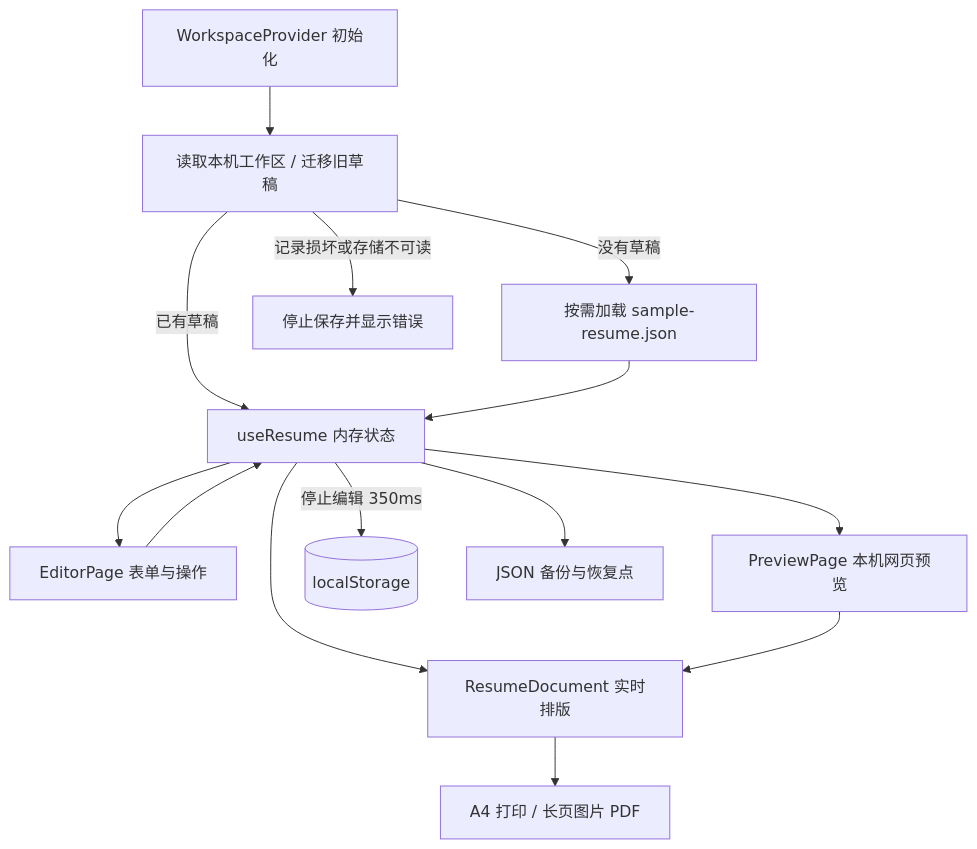
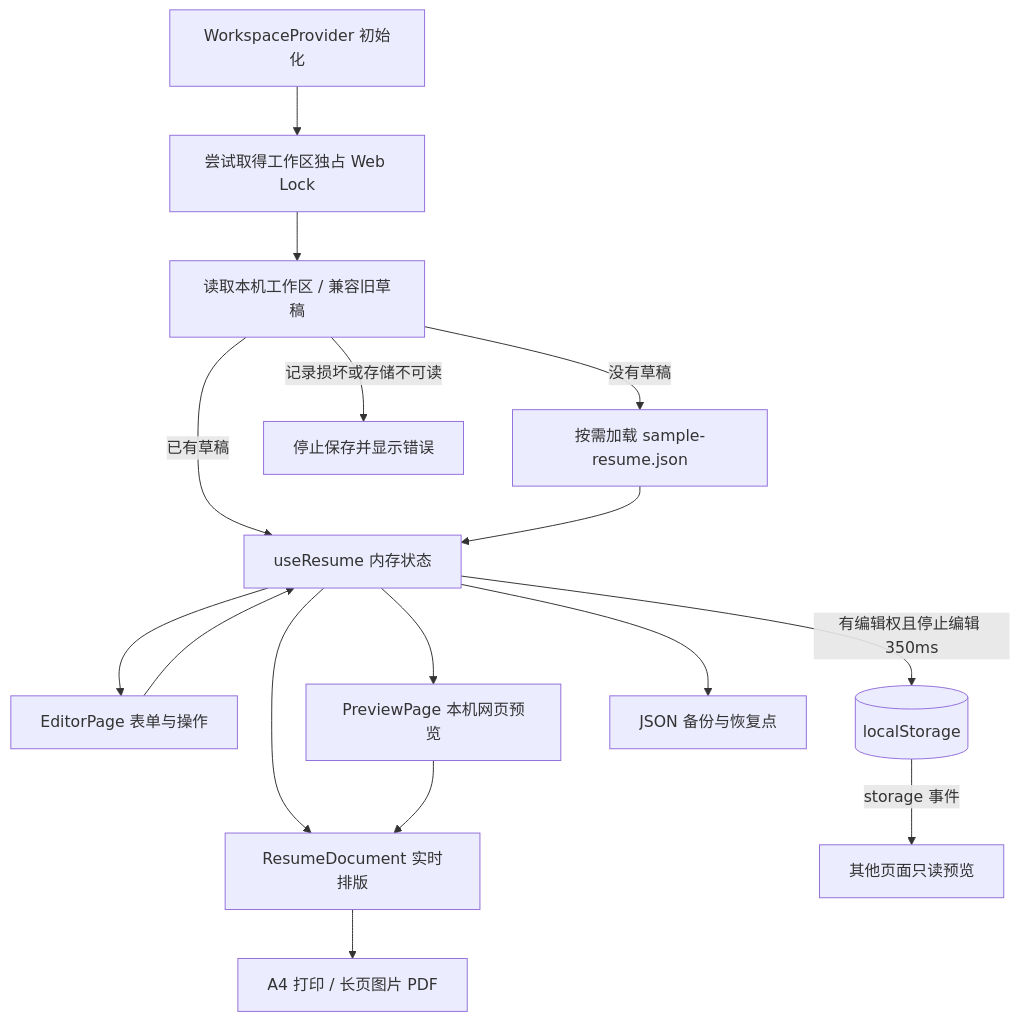
One commit to shqingda/yizhi changed the diagram in docs/architecture.md. Above: the diagram before and after it, drawn with Mermaid. The commit also changed other lines of this file and 64 other files, not shown here.

````diff
--- a/docs/architecture.md
+++ b/docs/architecture.md
@@ -9,16 +9,18 @@
 ```mermaid
 flowchart TD
-    Start[WorkspaceProvider 初始化] --> Read[读取本机工作区 / 迁移旧草稿]
+    Start[WorkspaceProvider 初始化] --> Lock[尝试取得工作区独占 Web Lock]
+    Lock --> Read[读取本机工作区 / 兼容旧草稿]
     Read -->|已有草稿| State[useResume 内存状态]
     Read -->|没有草稿| Sample[按需加载 sample-resume.json]
     Sample --> State
     Read -->|记录损坏或存储不可读| Error[停止保存并显示错误]
     State --> Editor[EditorPage 表单与操作]
     Editor --> State
     State --> Preview[ResumeDocument 实时排版]
     State --> Web[PreviewPage 本机网页预览]
     Web --> Preview
-    State -->|停止编辑 350ms| Local[(localStorage)]
+    State -->|有编辑权且停止编辑 350ms| Local[(localStorage)]
+    Local -->|storage 事件| Viewer[其他页面只读预览]
     State --> Files[JSON 备份与恢复点]
     Preview --> PDF[A4 打印 / 长页图片 PDF]
 ```
````
